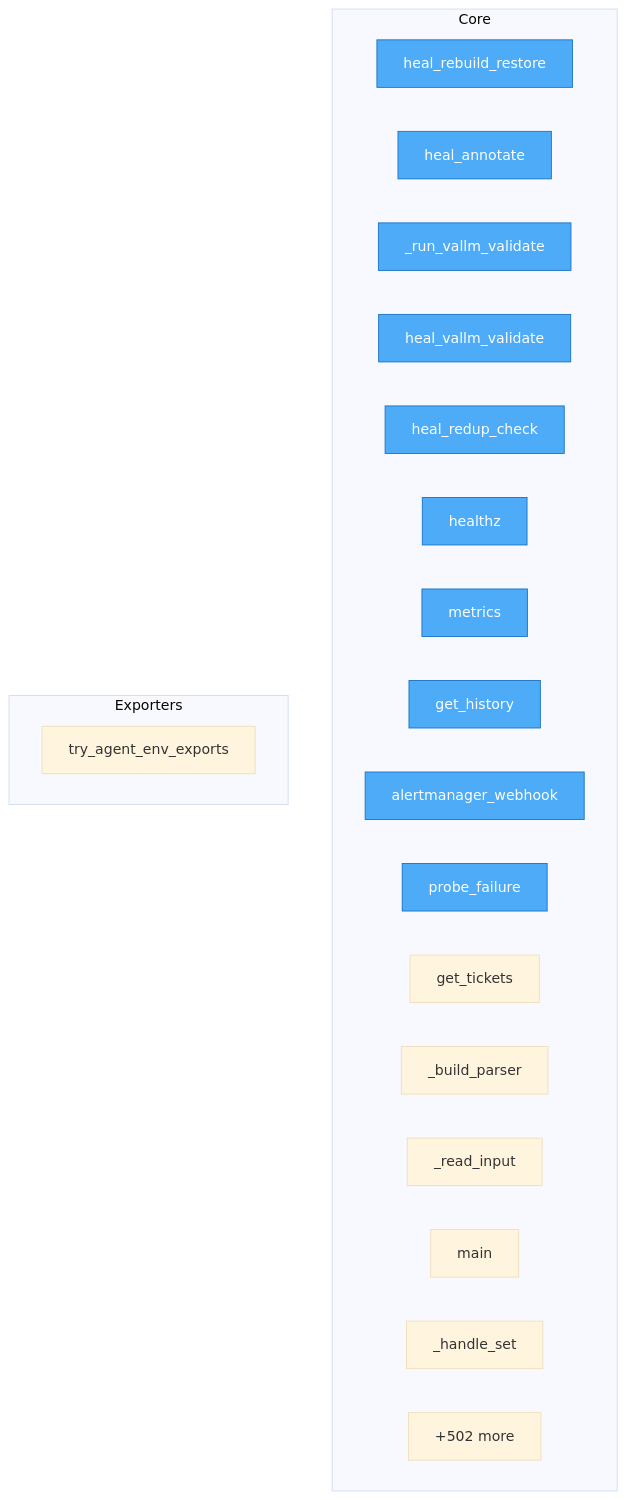
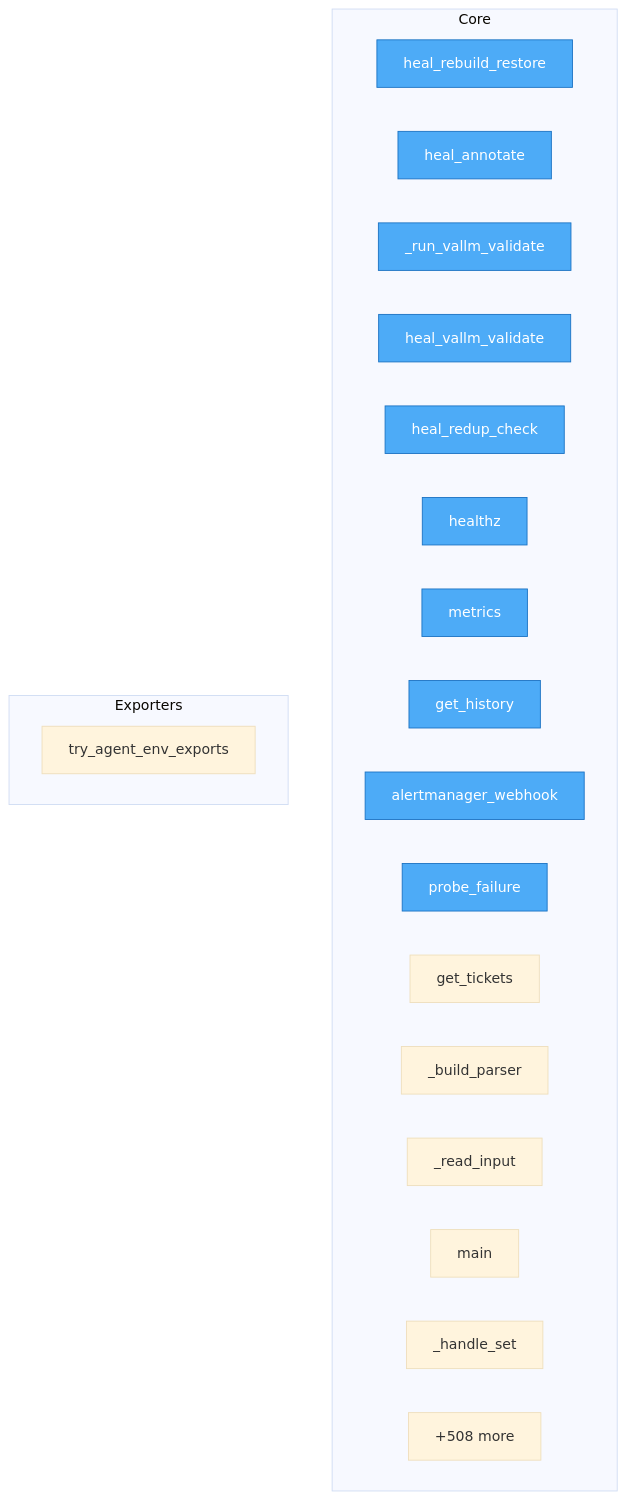
Before and after one commit to semcod/koru: the diagram in project/flow.mmd, drawn with Mermaid (base theme). The commit also changed 29 other files, not shown here.

```diff
--- a/project/flow.mmd
+++ b/project/flow.mmd
@@ -1,30 +1,30 @@
 flowchart TD
-%% generated in 0.06s
+%% generated in 0.05s
 
     %% Entry points (blue)
     classDef entry fill:#4dabf7,stroke:#1971c2,color:#fff
 
     subgraph Core
         services__healing_webhook__app__heal_rebuild_restore["heal_rebuild_restore"]
         services__healing_webhook__app__heal_annotate["heal_annotate"]
         services__healing_webhook__app___run_vallm_validate["_run_vallm_validate"]
         services__healing_webhook__app__heal_vallm_validate["heal_vallm_validate"]
         services__healing_webhook__app__heal_redup_check["heal_redup_check"]
         services__healing_webhook__app__healthz["healthz"]
         services__healing_webhook__app__metrics["metrics"]
         services__healing_webhook__app__get_history["get_history"]
         services__healing_webhook__app__alertmanager_webhook["alertmanager_webhook"]
         services__healing_webhook__app__probe_failure["probe_failure"]
         services__healing_webhook__app__get_tickets["get_tickets"]
         src__korudsl__cli___build_parser["_build_parser"]
         src__korudsl__cli___read_input["_read_input"]
         src__korudsl__cli__main["main"]
         src__korudsl__library___handle_set["_handle_set"]
-        ...["+502 more"]
+        ...["+508 more"]
     end
 
     subgraph Exporters
         src__koru__agent_cli_helpers__try_agent_env_exports["try_agent_env_exports"]
     end
 
     class services__healing_webhook__app__heal_rebuild_restore,services__healing_webhook__app__heal_annotate,services__healing_webhook__app___run_vallm_validate,services__healing_webhook__app__heal_vallm_validate,services__healing_webhook__app__heal_redup_check,services__healing_webhook__app__healthz,services__healing_webhook__app__metrics,services__healing_webhook__app__get_history,services__healing_webhook__app__alertmanager_webhook,services__healing_webhook__app__probe_failure entry
```
